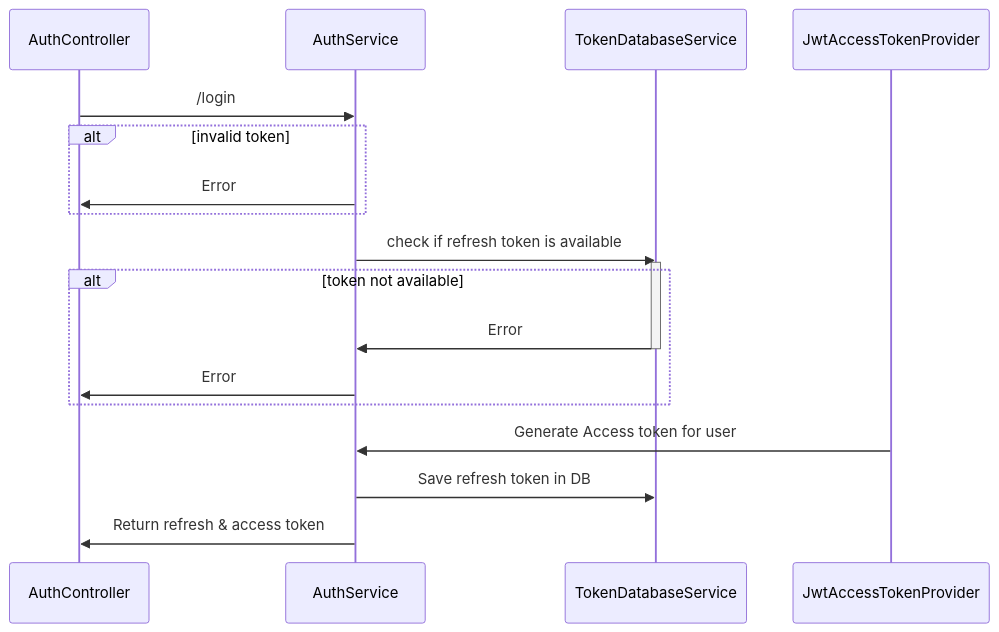
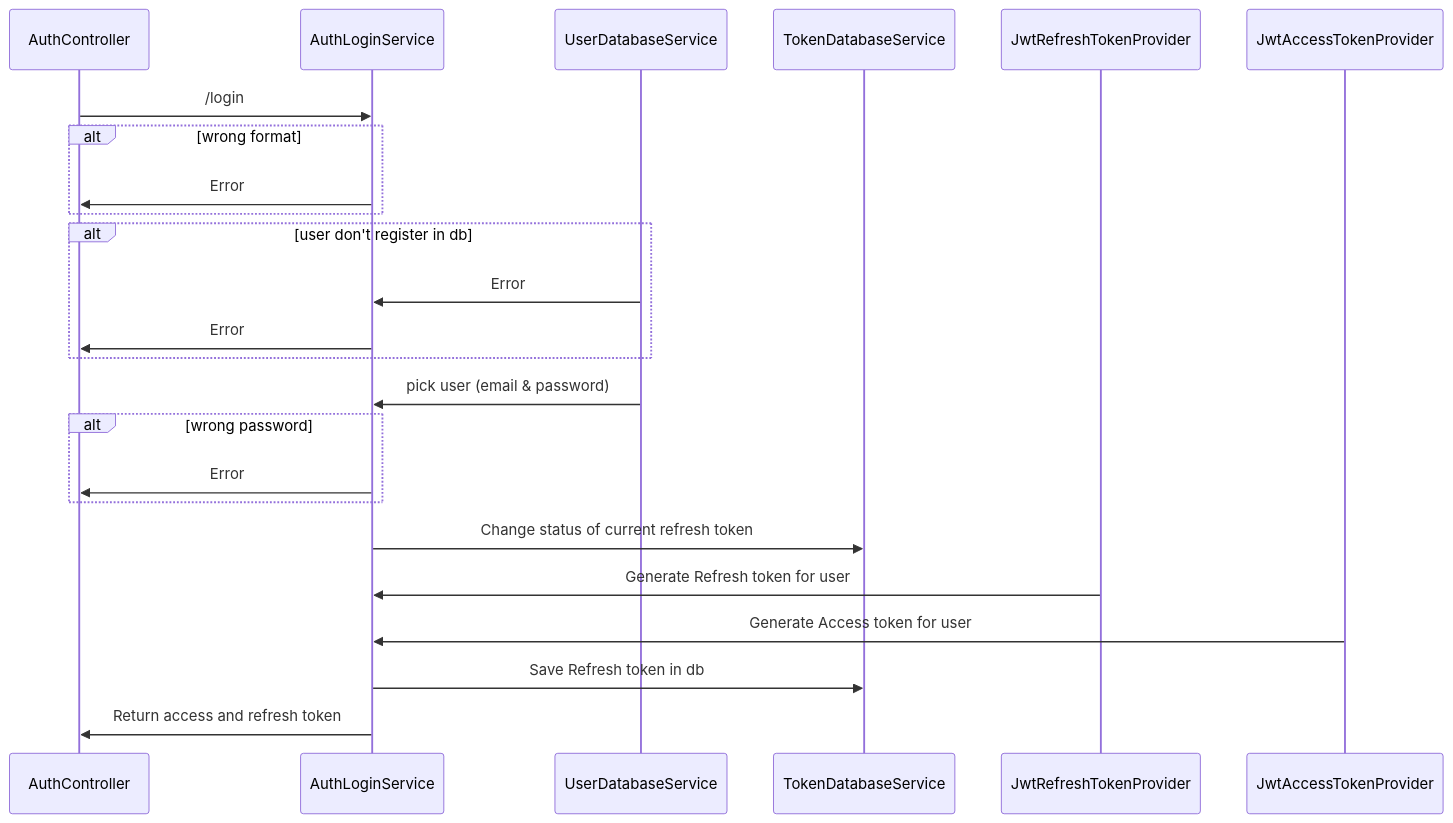
One commit to Code-Oz/auth-nest-monorepo changed the third of 4 diagrams in apps/auth/README.mkd. Above: the diagram before and after it, drawn with Mermaid.

Commit message:
Change README for adding Login logic

````diff
--- a/apps/auth/README.mkd
+++ b/apps/auth/README.mkd
@@ -69,26 +69,36 @@
 ```mermaid
 sequenceDiagram
 
-    AuthController->>AuthService: /login
-    alt invalid token
-        AuthService->>AuthController: Error
+    AuthController->>AuthLoginService: /login
+
+    alt wrong format
+        AuthLoginService->>AuthController: Error
     end
 
-    AuthService->>TokenDatabaseService: check if refresh token is available
-    activate TokenDatabaseService
-    alt token not available
-        TokenDatabaseService->>AuthService: Error
-        deactivate TokenDatabaseService
-        AuthService->>AuthController: Error
+    alt user don't register in db 
+        UserDatabaseService->>AuthLoginService: Error
+        AuthLoginService->>AuthController: Error
     end
 
-    JwtAccessTokenProvider->>AuthService: Generate Access token for user
+    UserDatabaseService->>AuthLoginService: pick user (email & password)
 
-    AuthService->>TokenDatabaseService: Save refresh token in DB
-    AuthService->>AuthController: Return refresh & access token
-        
-    participant AuthController
-    participant TokenDatabaseService
+    alt wrong password
+        AuthLoginService->>AuthController: Error
+    end
 
+
+    AuthLoginService->>TokenDatabaseService: Change status of current refresh token
+
+    JwtRefreshTokenProvider->>AuthLoginService: Generate Refresh token for user
+    JwtAccessTokenProvider->>AuthLoginService: Generate Access token for user
+
+    AuthLoginService->>TokenDatabaseService: Save Refresh token in db
+
+    AuthLoginService->>AuthController: Return access and refresh token
+
+    participant UserDatabaseService
     participant JwtAccessTokenProvider
+    participant JwtRefreshTokenProvider
+    participant AuthLoginService
+    
 ```
````
